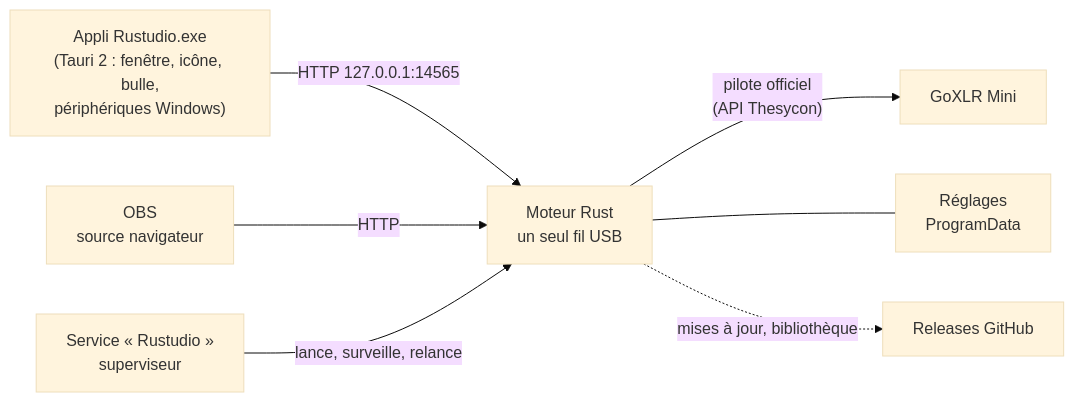
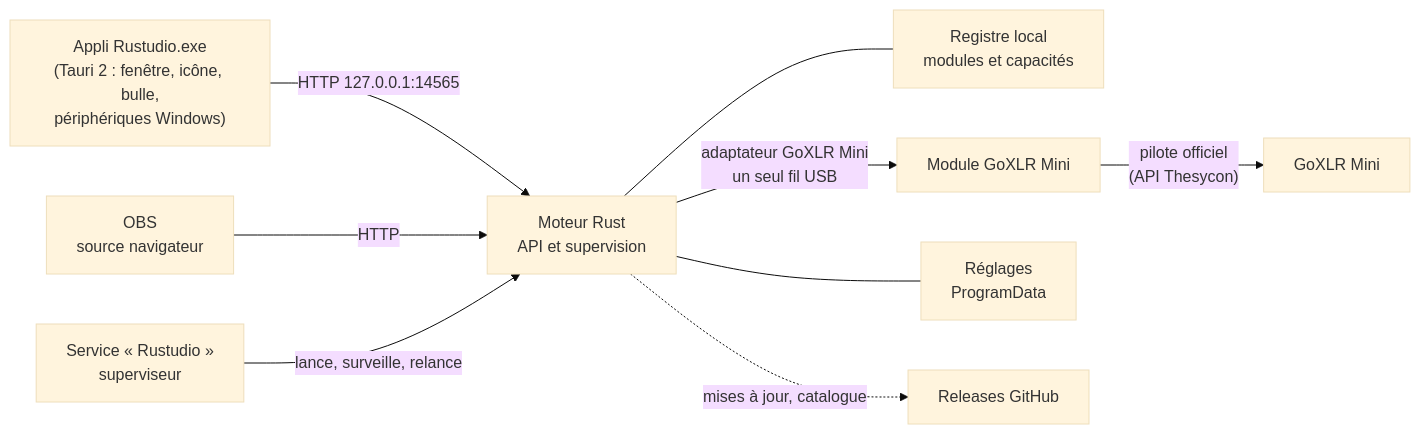
The diagram in README.md (samirmedani/rustudio), drawn with Mermaid (base theme) before and after one commit. The commit also changed other lines of this file and 22 other files, not shown here.

Commit message:
Rustudio organise le matériel par modules et espaces dédiés (5.4.0)

````diff
--- a/README.md
+++ b/README.md
@@ -142,9 +162,11 @@
 ```mermaid
 flowchart LR
   A["Appli Rustudio.exe<br/>(Tauri 2 : fenêtre, icône, bulle,<br/>périphériques Windows)"] -- "HTTP 127.0.0.1:14565" --> C
   O["OBS<br/>source navigateur"] -- HTTP --> C
-  S["Service « Rustudio »<br/>superviseur"] -- "lance, surveille, relance" --> C["Moteur Rust<br/>un seul fil USB"]
-  C -- "pilote officiel<br/>(API Thesycon)" --> D["GoXLR Mini"]
+  S["Service « Rustudio »<br/>superviseur"] -- "lance, surveille, relance" --> C["Moteur Rust<br/>API et supervision"]
+  C --- R["Registre local<br/>modules et capacités"]
+  C -- "adaptateur GoXLR Mini<br/>un seul fil USB" --> M["Module GoXLR Mini"]
+  M -- "pilote officiel<br/>(API Thesycon)" --> D["GoXLR Mini"]
   C --- E["Réglages<br/>ProgramData"]
-  C -. "mises à jour, bibliothèque" .-> G["Releases GitHub"]
+  C -. "mises à jour, catalogue" .-> G["Releases GitHub"]
 ```
````
